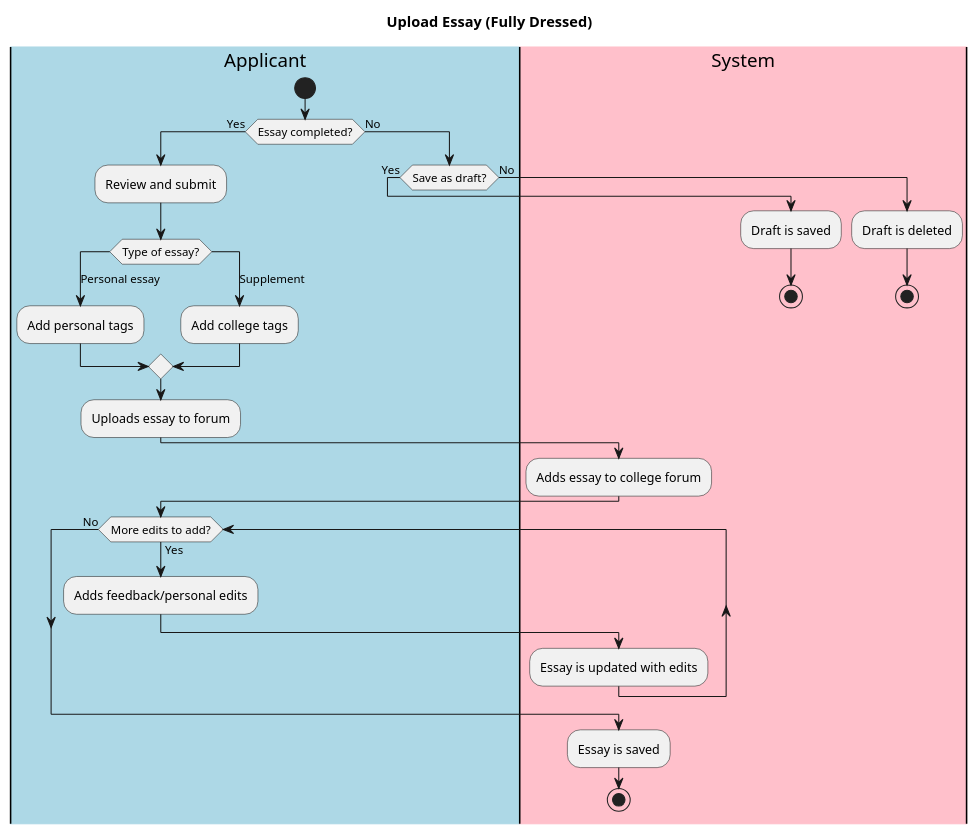
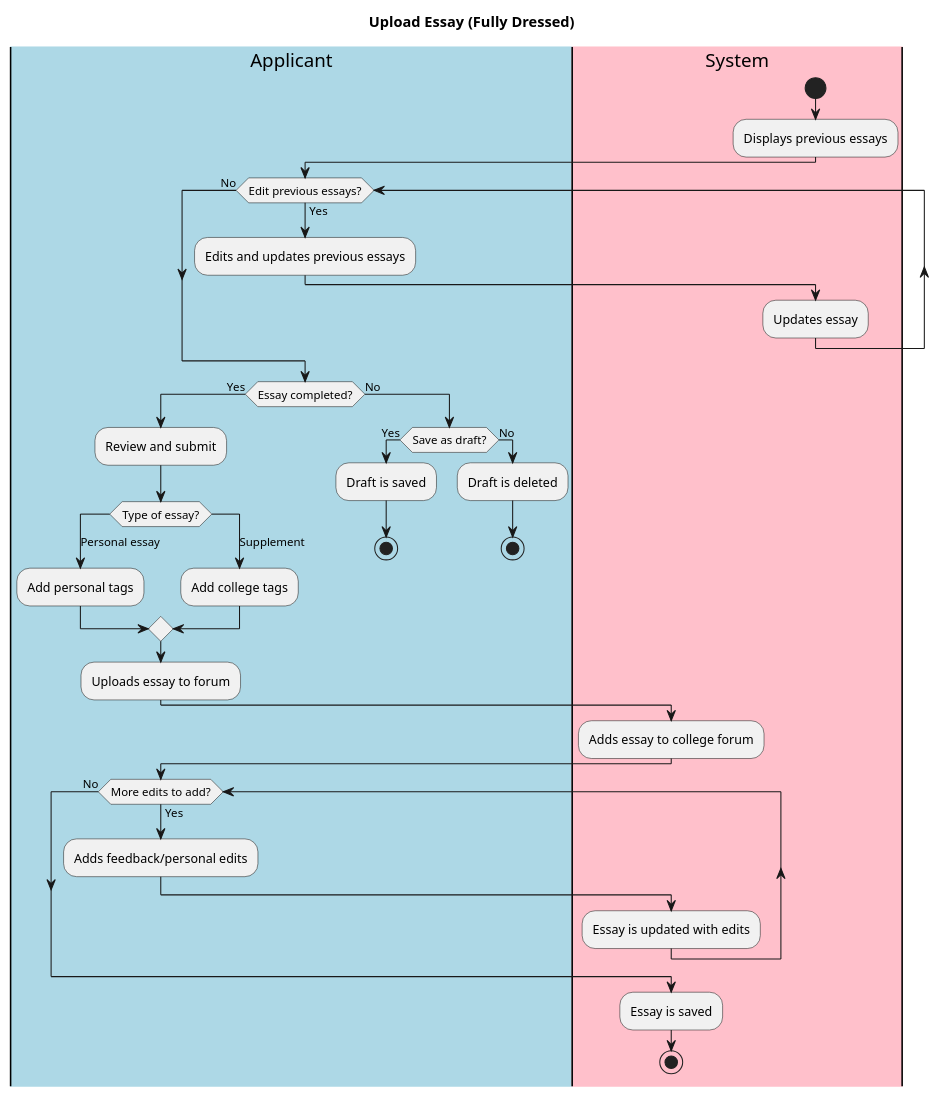
One commit to jlederer33/Essay-Review-App changed the diagram in intellij/doc/use-cases/uploadessays.md. Above: the diagram before and after it, drawn with PlantUML. The commit also changed 2 other files, not shown here.

Commit message:
Added changes

`````diff
--- a/intellij/doc/use-cases/uploadessays.md
+++ b/intellij/doc/use-cases/uploadessays.md
@@ -15,39 +15,44 @@
 ````plantuml
 
 title Upload Essay (Fully Dressed)
 |#lightblue|Applicant| 
 |#pink|System|
 
+|System|
+start
+:Displays previous essays;
 |Applicant|
-start
+while (Edit previous essays?) is (Yes)
+:Edits and updates previous essays;
+|System|
+:Updates essay;
+endwhile (No)
+|Applicant|
 if (Essay completed?) then (Yes)
 :Review and submit;
 switch (Type of essay?)
 case (Personal essay)
 :Add personal tags;
 case (Supplement)
 :Add college tags;
 endswitch
 :Uploads essay to forum;
 |System|
 :Adds essay to college forum;
 |Applicant|
 while (More edits to add?) is (Yes)
 :Adds feedback/personal edits;
 |System|
 :Essay is updated with edits;
 endwhile (No)
 :Essay is saved;
 stop
 else (No)
 |Applicant|
 if (Save as draft?) then (Yes)
-|System|
 :Draft is saved;
 stop
 else (No) 
-|System|
 :Draft is deleted;
-|System|
 stop
 ````
`````
